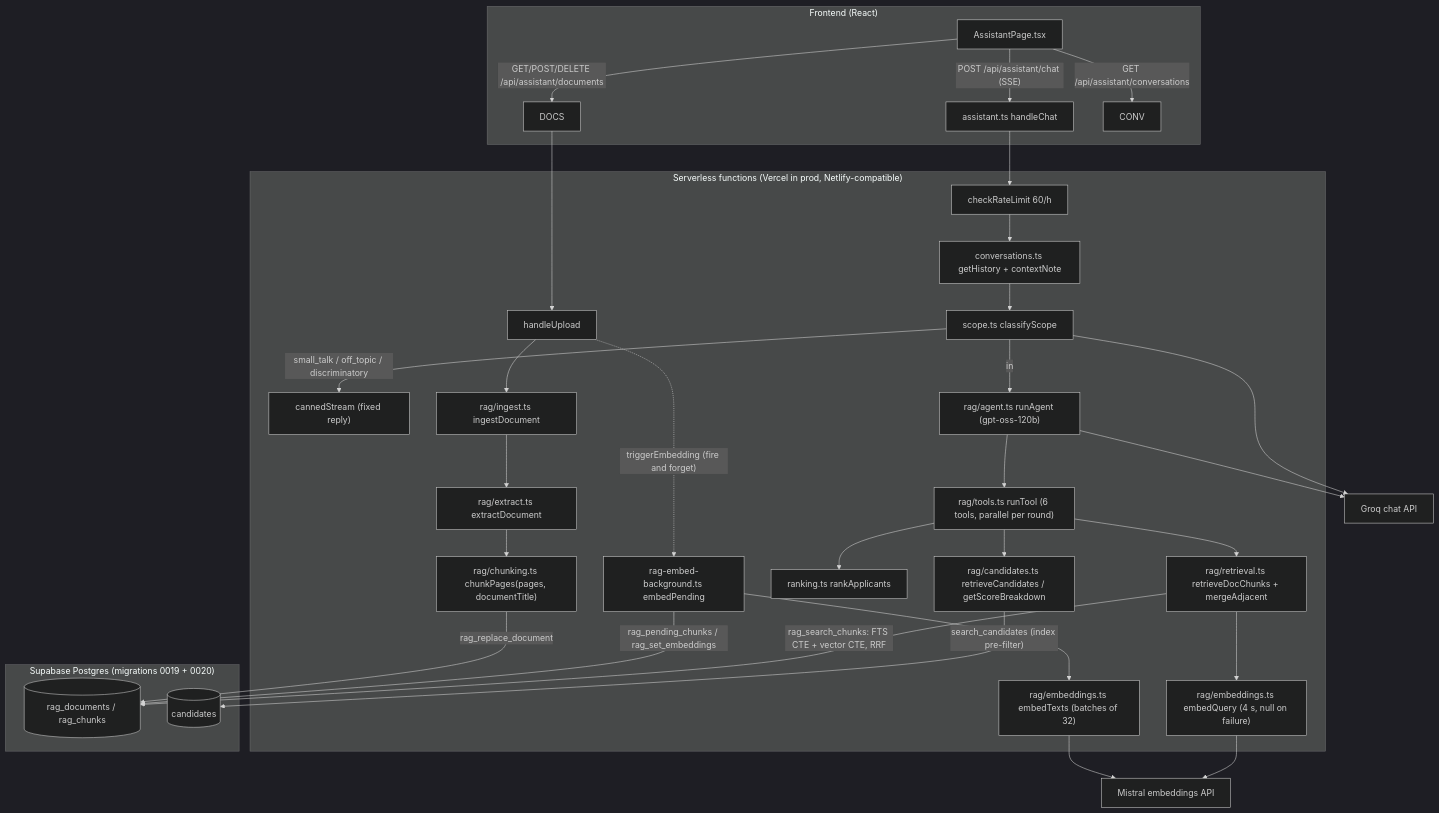
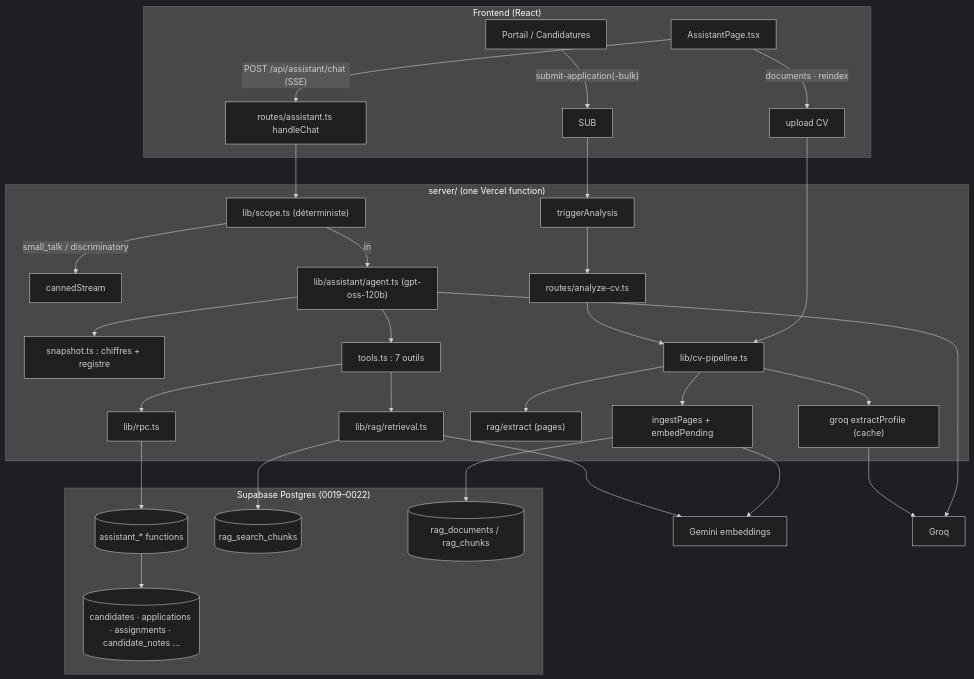
One commit to Abdellahb9/PFA-V2 changed the diagram in RAG_ANALYSIS.md. Above: the diagram before and after it, drawn with Mermaid (dark theme). The commit also changed other lines of this file, not shown here.

Commit message:
docs(assistant): analyse de l'assistant personnel (v2)

````diff
--- a/RAG_ANALYSIS.md
+++ b/RAG_ANALYSIS.md
@@ -40,37 +29,33 @@
 ```mermaid
 flowchart TD
   subgraph FE["Frontend (React)"]
     AP["AssistantPage.tsx"] -->|"POST /api/assistant/chat (SSE)"| CHAT
-    AP -->|"GET/POST/DELETE /api/assistant/documents"| DOCS
-    AP -->|"GET /api/assistant/conversations"| CONV
+    AP -->|"documents · reindex"| DOCS
+    PORTAL["Portail / Candidatures"] -->|"submit-application(-bulk)"| SUB
   end
 
-  subgraph API["Serverless functions (Vercel in prod, Netlify-compatible)"]
-    CHAT["assistant.ts handleChat"] --> RL["checkRateLimit 60/h"]
-    RL --> HIST["conversations.ts getHistory + contextNote"]
-    HIST --> SCOPE["scope.ts classifyScope"]
-    SCOPE -->|"small_talk / off_topic / discriminatory"| CAN["cannedStream (fixed reply)"]
-    SCOPE -->|"in"| AGENT["rag/agent.ts runAgent (gpt-oss-120b)"]
-    AGENT --> TOOLS["rag/tools.ts runTool (6 tools, parallel per round)"]
-    TOOLS --> RD["rag/retrieval.ts retrieveDocChunks + mergeAdjacent"]
-    TOOLS --> RC["rag/candidates.ts retrieveCandidates / getScoreBreakdown"]
-    TOOLS --> RK["ranking.ts rankApplicants"]
-    RD --> EQ["rag/embeddings.ts embedQuery (4 s, null on failure)"]
-    DOCS --> UP["handleUpload"] --> ING["rag/ingest.ts ingestDocument"]
-    ING --> EX["rag/extract.ts extractDocument"] --> CH["rag/chunking.ts chunkPages(pages, documentTitle)"]
-    UP -. "triggerEmbedding (fire and forget)" .-> BG["rag-embed-background.ts embedPending"]
-    BG --> ET["rag/embeddings.ts embedTexts (batches of 32)"]
+  subgraph API["server/ (one Vercel function)"]
+    CHAT["routes/assistant.ts handleChat"] --> SCOPE["lib/scope.ts (déterministe)"]
+    SCOPE -->|"small_talk / discriminatory"| CAN["cannedStream"]
+    SCOPE -->|"in"| AGENT["lib/assistant/agent.ts (gpt-oss-120b)"]
+    AGENT --> SNAP["snapshot.ts : chiffres + registre"]
+    AGENT --> TOOLS["tools.ts : 7 outils"]
+    TOOLS --> RPC["lib/rpc.ts"]
+    TOOLS --> RET["lib/rag/retrieval.ts"]
+    DOCS["upload CV"] --> PIPE
+    SUB --> TRIG["triggerAnalysis"] --> ANA["routes/analyze-cv.ts"] --> PIPE["lib/cv-pipeline.ts"]
+    PIPE --> EXT["rag/extract (pages)"] & LLM["groq extractProfile (cache)"] & IDX["ingestPages + embedPending"]
   end
 
-  subgraph DB["Supabase Postgres (migrations 0019 + 0020)"]
-    CH -->|"rag_replace_document"| T[("rag_documents / rag_chunks")]
-    BG -->|"rag_pending_chunks / rag_set_embeddings"| T
-    RD -->|"rag_search_chunks: FTS CTE + vector CTE, RRF"| T
-    RC -->|"search_candidates (index pre-filter)"| CAND[("candidates")]
+  subgraph DB["Supabase Postgres (0019–0022)"]
+    RPC --> F[("assistant_* functions")]
+    RET --> S[("rag_search_chunks")]
+    IDX --> T[("rag_documents / rag_chunks")]
+    F --> C[("candidates · applications · assignments · candidate_notes …")]
   end
 
-  ET --> MISTRAL["Mistral embeddings API"]
-  EQ --> MISTRAL
-  AGENT --> GROQ["Groq chat API"]
-  SCOPE --> GROQ
+  IDX --> GEM["Gemini embeddings"]
+  RET --> GEM
+  AGENT --> GROQ["Groq"]
+  LLM --> GROQ
 ```
````
